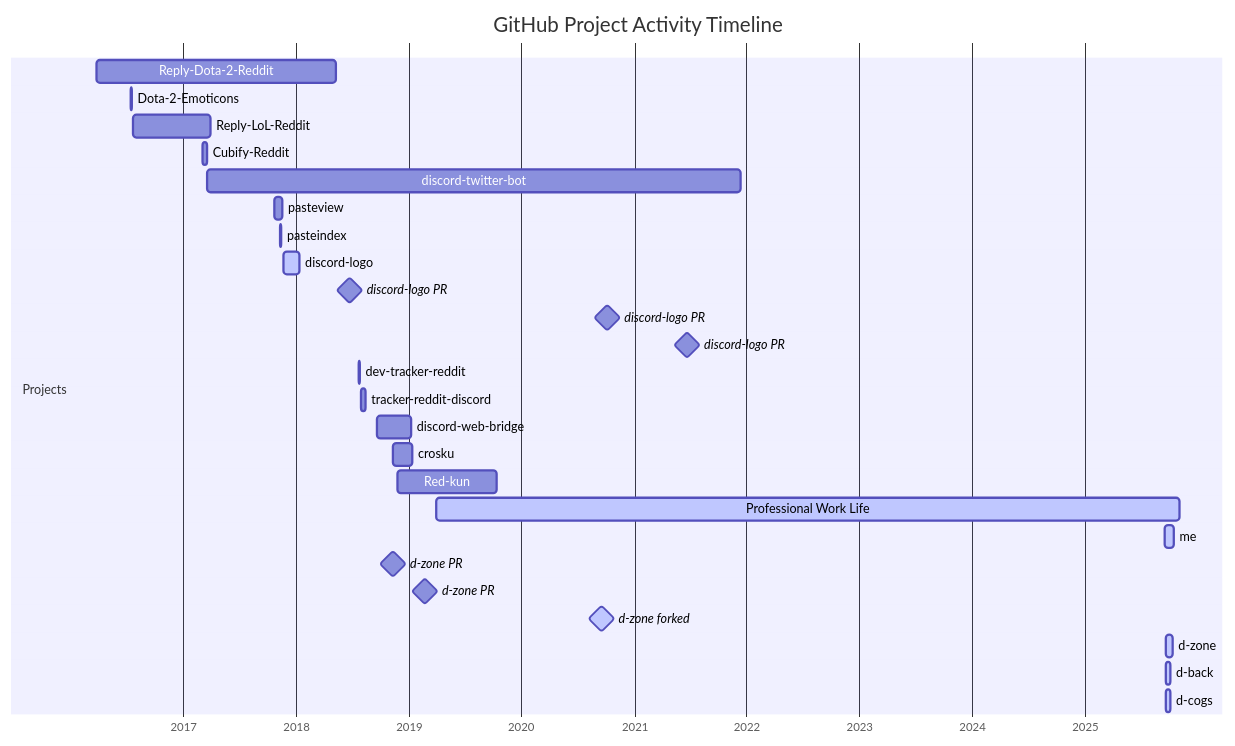
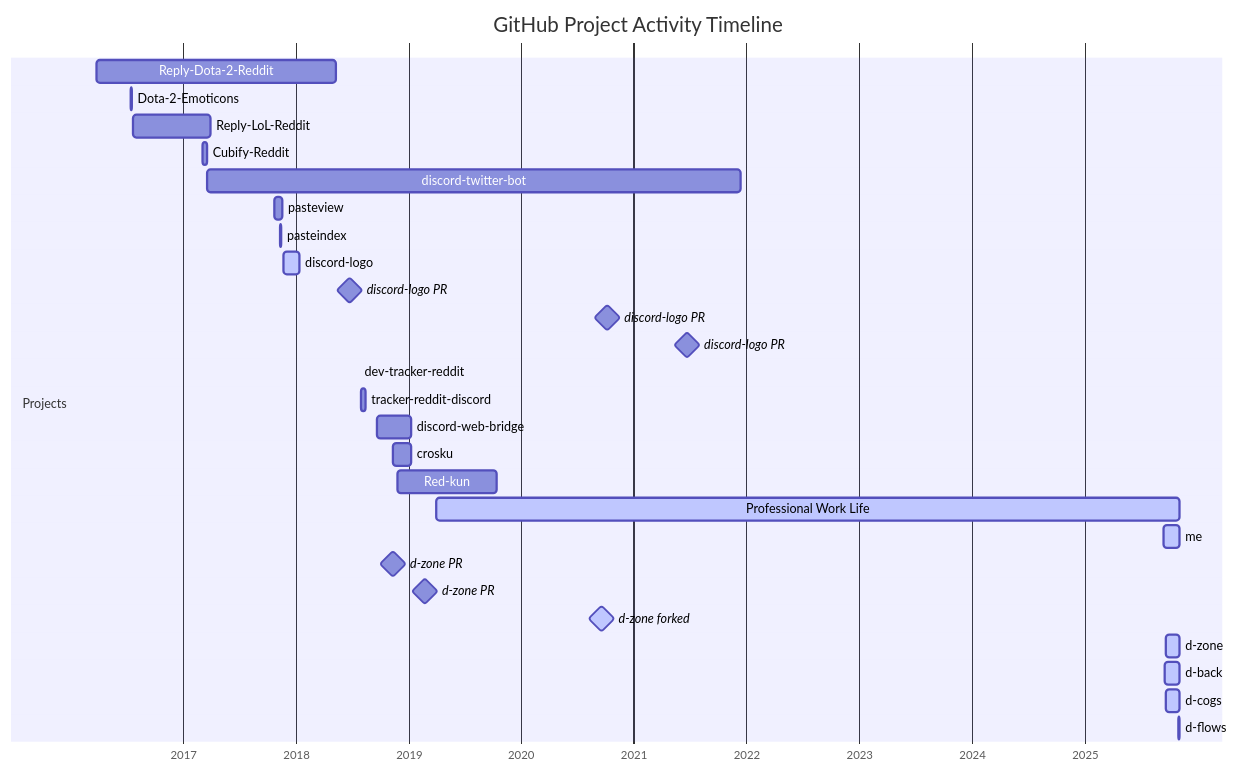
The diagram in _projects/projects.md (NNTin/me), drawn with Mermaid before and after one commit. The commit also changed other lines of this file and 8 other files, not shown here.

```diff
--- a/_projects/projects.md
+++ b/_projects/projects.md
@@ -7,32 +7,33 @@
 <div class="mermaid" id="project-gantt">
 gantt
     title GitHub Project Activity Timeline
     dateFormat  YYYY-MM-DD
     axisFormat  %Y
 
     section Projects
     Reply-Dota-2-Reddit     :rdr, 2016-03-27, 2018-05-10
     Dota-2-Emoticons        :de, 2016-07-16, 2016-07-21
     Reply-LoL-Reddit        :rlr, 2016-07-24, 2017-04-02
     Cubify-Reddit           :cr, 2017-03-04, 2017-03-19
     discord-twitter-bot     :dtb, 2017-03-20, 2021-12-12
     pasteview               :pv, 2017-10-24, 2017-11-20
     pasteindex              :pi, 2017-11-10, 2017-11-15
     discord-logo            :active, dl, 2017-11-24, 2018-01-14
     discord-logo PR         :milestone, pr1, 2018-06-26, 0d
     discord-logo PR         :milestone, pr2, 2020-10-07, 0d  
     discord-logo PR         :milestone, pr3, 2021-06-20, 0d
     dev-tracker-reddit      :dtr, 2018-07-25, 2018-07-26
     tracker-reddit-discord  :trd, 2018-07-31, 2018-08-17
     discord-web-bridge      :dwb, 2018-09-20, 2019-01-11
     crosku                  :ck, 2018-11-11, 2019-01-12
     Red-kun                 :rk, 2018-11-27, 2019-10-13
     Professional Work Life  :active, ps, 2019-04-01, until today
-    me                      :active, me, 2025-09-14, 2025-10-16
+    me                      :active, me, 2025-09-14, 2025-11-03
     d-zone PR               :milestone, dz1, 2018-11-11, 0d
     d-zone PR               :milestone, dz2, 2019-02-24, 0d
     d-zone forked           :active, milestone, dz3, 2020-09-19, 0d
-    d-zone                  :active, dz, 2025-09-18, 2025-10-10
-    d-back                  :active, db, 2025-09-17, 2025-10-05
-    d-cogs                  :active, dc, 2025-09-20, 2025-10-05
+    d-zone                  :active, dz, 2025-09-18, until today
+    d-back                  :active, db, 2025-09-17, until today
+    d-cogs                  :active, dc, 2025-09-20, until today
+    d-flows                 :active, df, 2025-11-01, until today
 </div>
```
